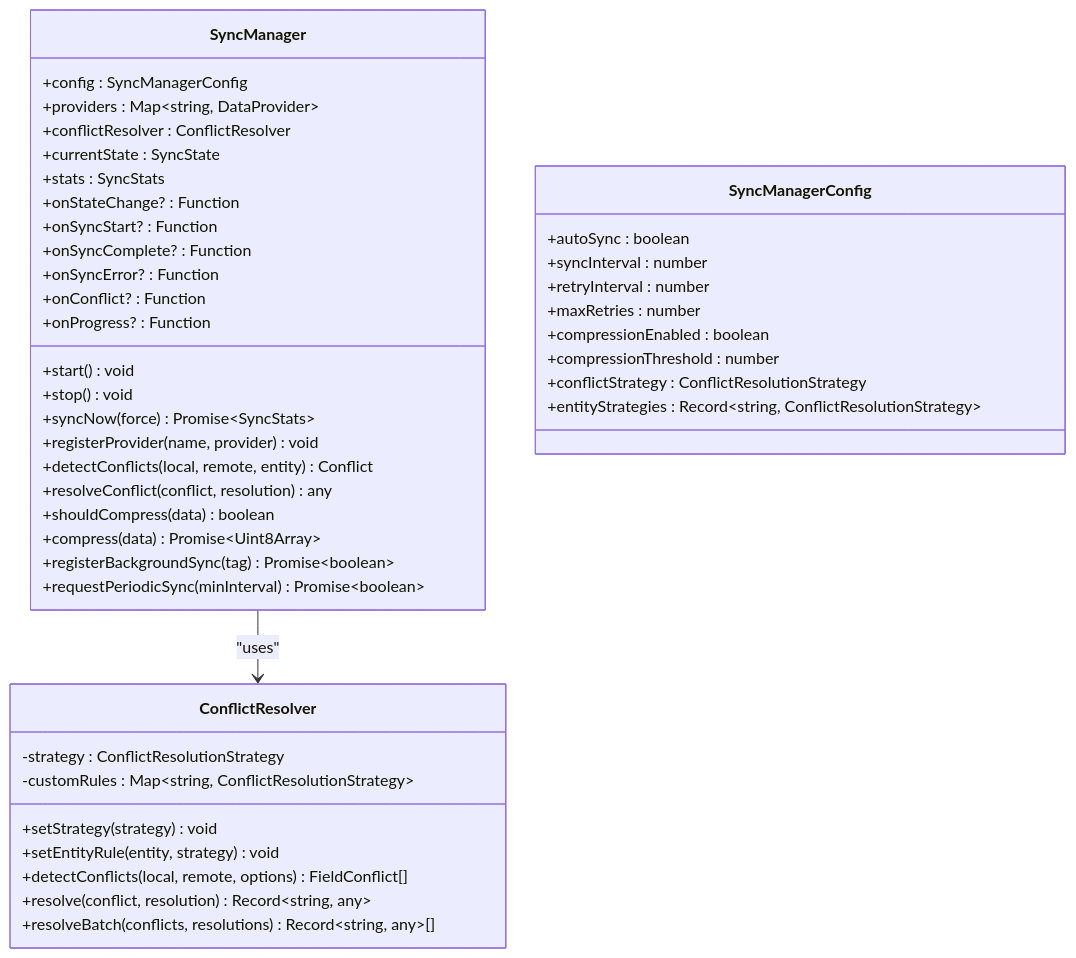
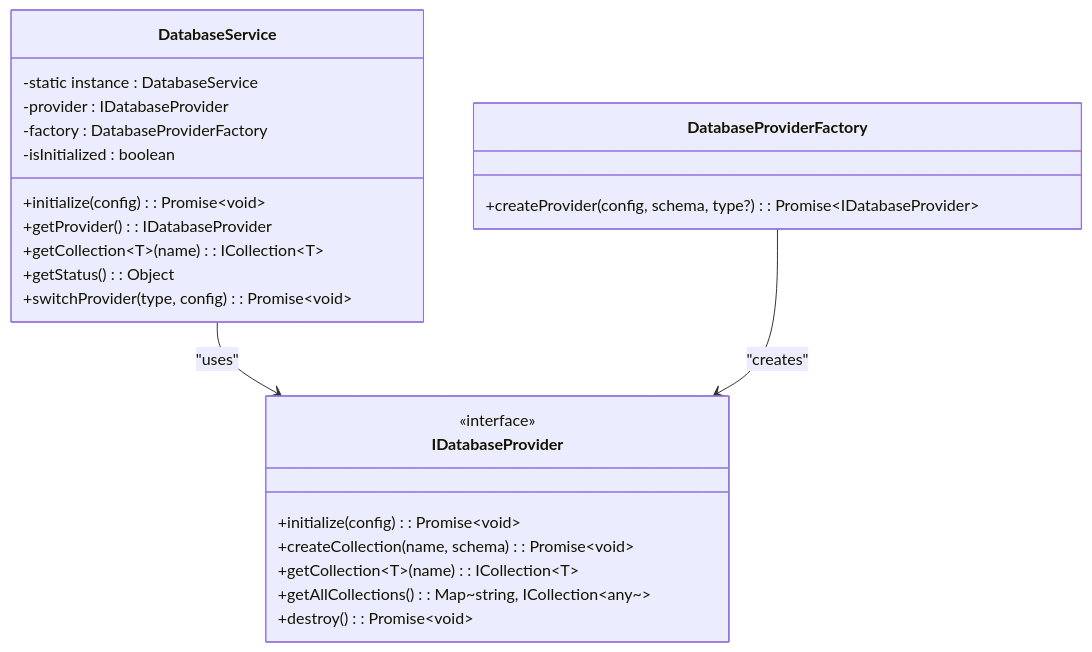
Before and after one commit to geniusdynamics/schoolpilot: the second of 18 diagrams in .qoder/repowiki/en/content/Architecture Overview/Data Management Architecture/Data Synchronization Workflow/Data Synchronization Workflow.md, drawn with Mermaid. The commit also changed other lines of this file and 19 other files, not shown here.

````diff
--- a/.qoder/repowiki/en/content/Architecture Overview/Data Management Architecture/Data Synchronization Workflow/Data Synchronization Workflow.md
+++ b/.qoder/repowiki/en/content/Architecture Overview/Data Management Architecture/Data Synchronization Workflow/Data Synchronization Workflow.md
@@ -98,46 +105,27 @@
 ```mermaid
 classDiagram
-class SyncManager {
-+config : SyncManagerConfig
-+providers : Map~string, DataProvider~
-+conflictResolver : ConflictResolver
-+currentState : SyncState
-+stats : SyncStats
-+onStateChange? : Function
-+onSyncStart? : Function
-+onSyncComplete? : Function
-+onSyncError? : Function
-+onConflict? : Function
-+onProgress? : Function
-+start() void
-+stop() void
-+syncNow(force) Promise~SyncStats~
-+registerProvider(name, provider) void
-+detectConflicts(local, remote, entity) Conflict
-+resolveConflict(conflict, resolution) any
-+shouldCompress(data) boolean
-+compress(data) Promise~Uint8Array~
-+registerBackgroundSync(tag) Promise~boolean~
-+requestPeriodicSync(minInterval) Promise~boolean~
+class DatabaseService {
+-static instance : DatabaseService
+-provider : IDatabaseProvider
+-factory : DatabaseProviderFactory
+-isInitialized : boolean
++initialize(config) : Promise~void~
++getProvider() : IDatabaseProvider
++getCollection~T~(name) : ICollection~T~
++getStatus() : Object
++switchProvider(type, config) : Promise~void~
 }
-class ConflictResolver {
--strategy : ConflictResolutionStrategy
--customRules : Map~string, ConflictResolutionStrategy~
-+setStrategy(strategy) void
-+setEntityRule(entity, strategy) void
-+detectConflicts(local, remote, options) FieldConflict[]
-+resolve(conflict, resolution) Record~string, any~
-+resolveBatch(conflicts, resolutions) Record~string, any~[]
+class IDatabaseProvider {
+<<interface>>
++initialize(config) : Promise~void~
++createCollection(name, schema) : Promise~void~
++getCollection~T~(name) : ICollection~T~
++getAllCollections() : Map~string, ICollection~any~~
++destroy() : Promise~void~
 }
-class SyncManagerConfig {
-+autoSync : boolean
-+syncInterval : number
-+retryInterval : number
-+maxRetries : number
-+compressionEnabled : boolean
-+compressionThreshold : number
-+conflictStrategy : ConflictResolutionStrategy
-+entityStrategies : Record~string, ConflictResolutionStrategy~
+class DatabaseProviderFactory {
++createProvider(config, schema, type?) : Promise~IDatabaseProvider~
 }
-SyncManager --> ConflictResolver : "uses"
+DatabaseService --> IDatabaseProvider : "uses"
+DatabaseProviderFactory --> IDatabaseProvider : "creates"
 ```
````
